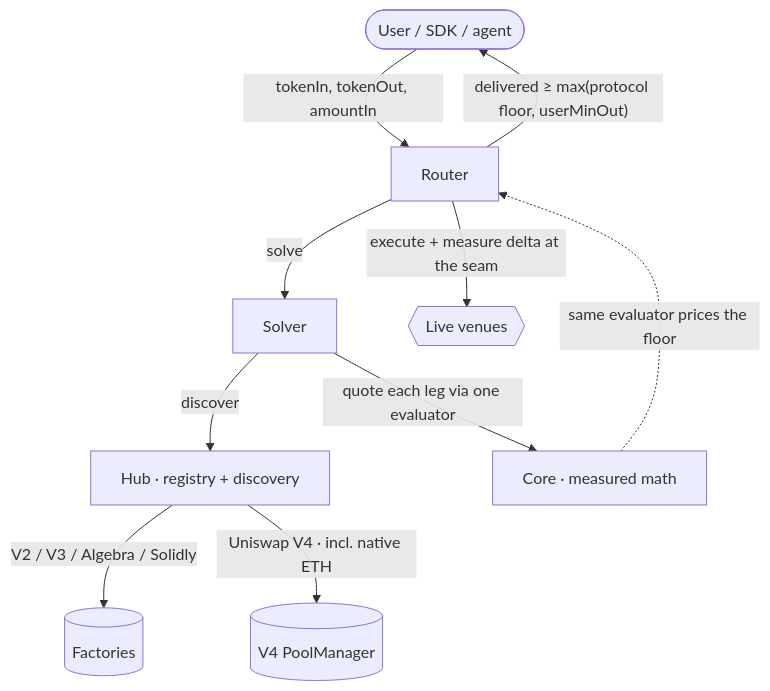
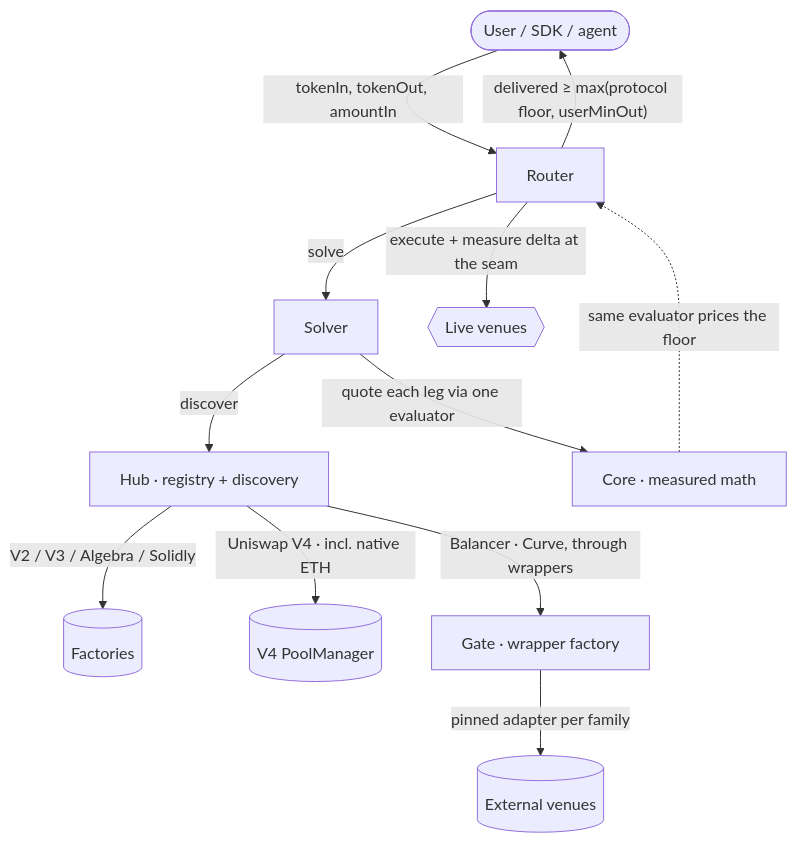
One commit to blazephoenixxyz-crypto/Blaze-Phoenix-Dex changed the diagram in README.md. Above: the diagram before and after it, drawn with Mermaid. The commit also changed other lines of this file and 3 other files, not shown here.

First line of the commit message:
docs: reflect the current architecture (Gate, Math, adapters, per-venue clock, V2 networks)

````diff
--- a/README.md
+++ b/README.md
@@ -133,12 +134,14 @@
 ```mermaid
 flowchart TD
     U([User / SDK / agent]) -->|tokenIn, tokenOut, amountIn| R[Router]
     R -->|solve| S[Solver]
     S -->|discover| H[Hub · registry + discovery]
     H -->|"V2 / V3 / Algebra / Solidly"| F[(Factories)]
     H -->|"Uniswap V4 · incl. native ETH"| PM[(V4 PoolManager)]
+    H -->|"Balancer · Curve, through wrappers"| G[Gate · wrapper factory]
+    G -->|"pinned adapter per family"| X[(External venues)]
     S -->|"quote each leg via one evaluator"| C[Core · measured math]
     R -->|"execute + measure delta at the seam"| V{{Live venues}}
     C -.->|"same evaluator prices the floor"| R
     R -->|"delivered ≥ max(protocol floor, userMinOut)"| U
 ```
````
